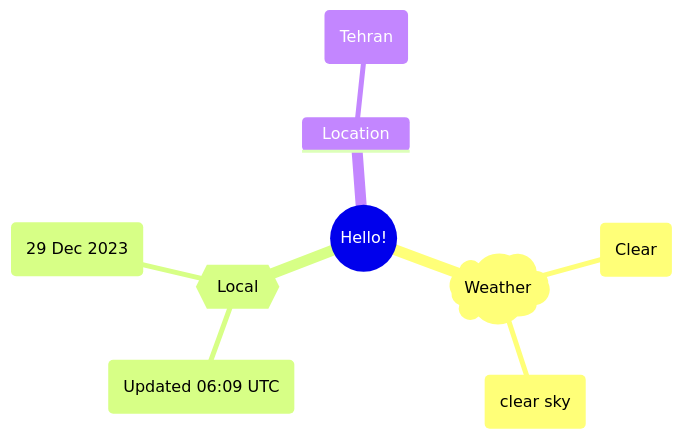
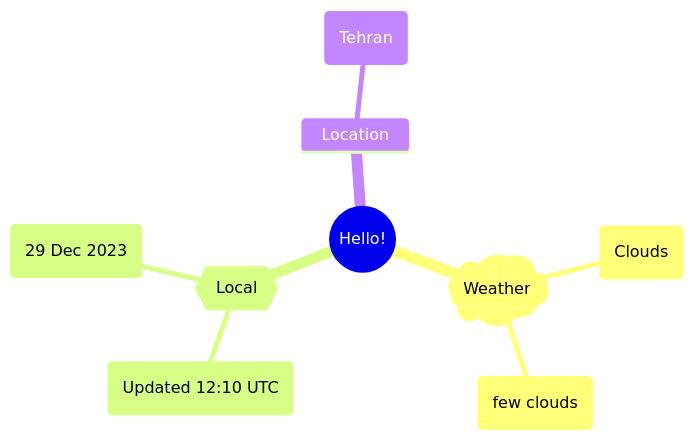
The first of 2 diagrams in README.md (Xosrov/Xosrov), drawn with Mermaid before and after one commit.

Commit message:
[bot] updated images

````diff
--- a/README.md
+++ b/README.md
@@ -3,12 +3,12 @@
 ```mermaid
 mindmap
   root((Hello!))
     )Weather(
-        (Clear)
-        (clear sky)
+        (Clouds)
+        (few clouds)
     {{Local}}
-        (Updated 06:09 UTC)
+        (Updated 12:10 UTC)
         (29 Dec 2023)
     Location
         (Tehran)
 ```
````
